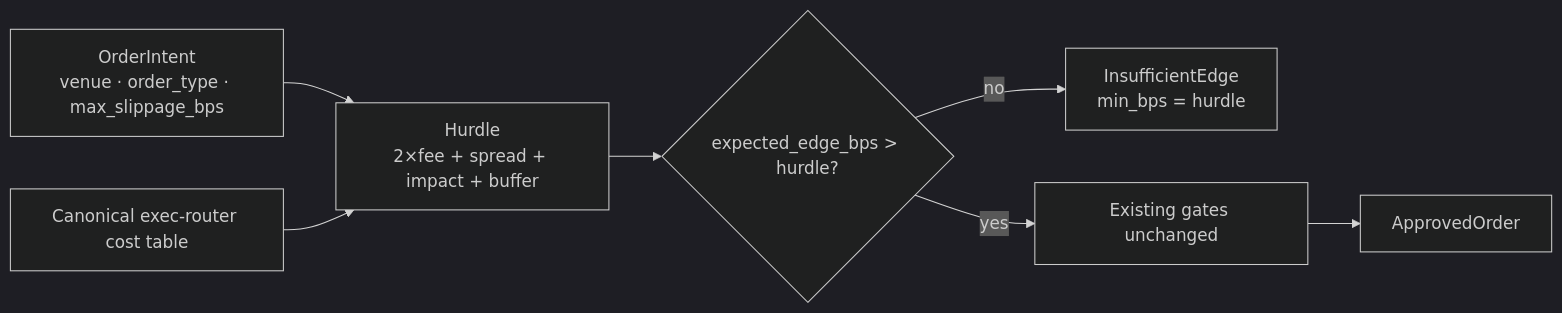
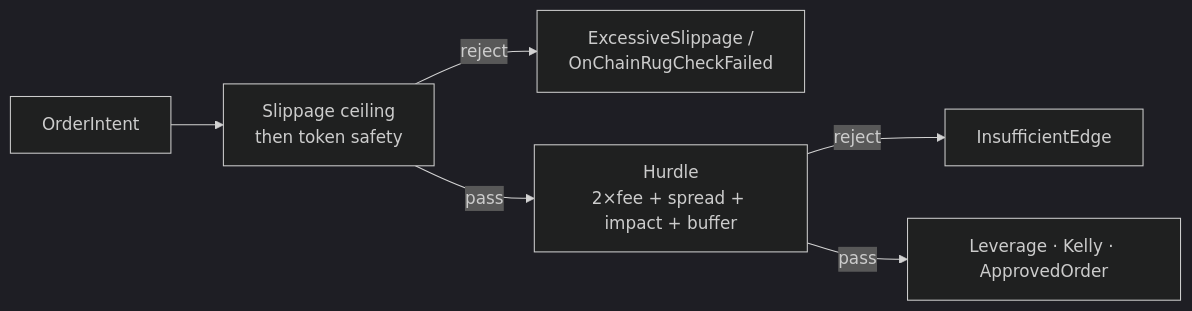
One commit to hcross/robotrader changed the diagram in openspec/changes/fix-risk-gate-cost-hurdle/proposal.md. Above: the diagram before and after it, drawn with Mermaid (dark theme). The commit also changed other lines of this file and 6 other files, not shown here.

First line of the commit message:
fix(risk-gate): address SPEC-R1 findings [fix-risk-gate-cost-hurdle]

````diff
--- a/openspec/changes/fix-risk-gate-cost-hurdle/proposal.md
+++ b/openspec/changes/fix-risk-gate-cost-hurdle/proposal.md
@@ -12,9 +12,8 @@
 ```mermaid
 flowchart LR
-  I["OrderIntent<br/>venue · order_type · max_slippage_bps"] --> H["Hurdle<br/>2×fee + spread + impact + buffer"]
-  T["Canonical exec-router cost table"] --> H
-  H --> D{"expected_edge_bps > hurdle?"}
-  D -- no --> R["InsufficientEdge<br/>min_bps = hurdle"]
-  D -- yes --> G["Existing gates unchanged"]
-  G --> A["ApprovedOrder"]
+  I["OrderIntent"] --> S["Slippage ceiling<br/>then token safety"]
+  S -- reject --> SR["ExcessiveSlippage /<br/>OnChainRugCheckFailed"]
+  S -- pass --> H["Hurdle<br/>2×fee + spread + impact + buffer"]
+  H -- reject --> ER["InsufficientEdge"]
+  H -- pass --> A["Leverage · Kelly · ApprovedOrder"]
 ```
````
